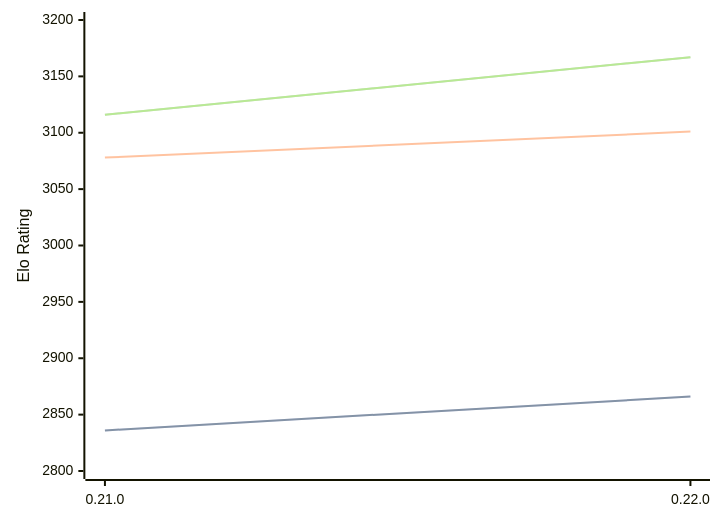
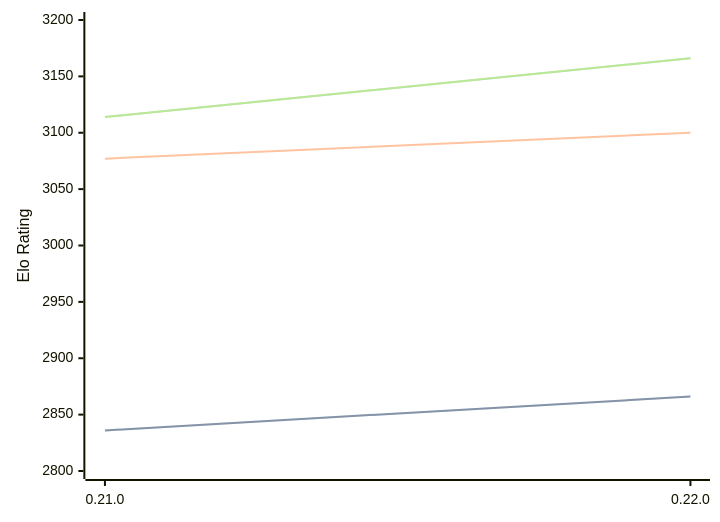
One commit to computer-chess-index/cci changed the diagram in engines/Princhess.md. Above: the diagram before and after it, drawn with Mermaid. The commit also changed other lines of this file, not shown here.

Commit message:
Update CCI Ratings (ELO VLTC) - 2026-09-01

````diff
--- a/engines/Princhess.md
+++ b/engines/Princhess.md
@@ -32,11 +32,11 @@
 ```mermaid
 %%{init: {"theme":"base","themeVariables":{"seriesColors:['#a3a3a3','#222221','#faa371']}}}%%
 xychart-beta
   x-axis ["0.21.0", "0.22.0"]
   y-axis "Elo Rating" 2800 --> 3200
   line "" [2836, 2866]
   line "STC (8.0+0.08s)" [2836, 2866]
-  line "LTC (60.0+0.60s)" [3078, 3101]
-  line "" [3116, 3167]
-  line "VLTC (2m24s+1.12s)" [3116, 3167]
+  line "LTC (60.0+0.60s)" [3077, 3100]
+  line "" [3114, 3166]
+  line "VLTC (2m24s+1.12s)" [3114, 3166]
 ```
````
